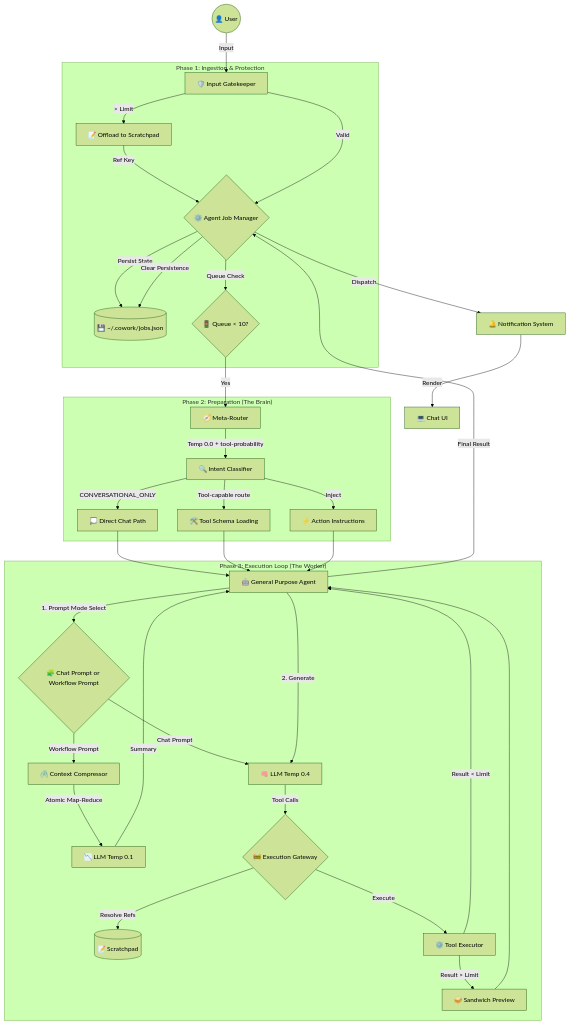
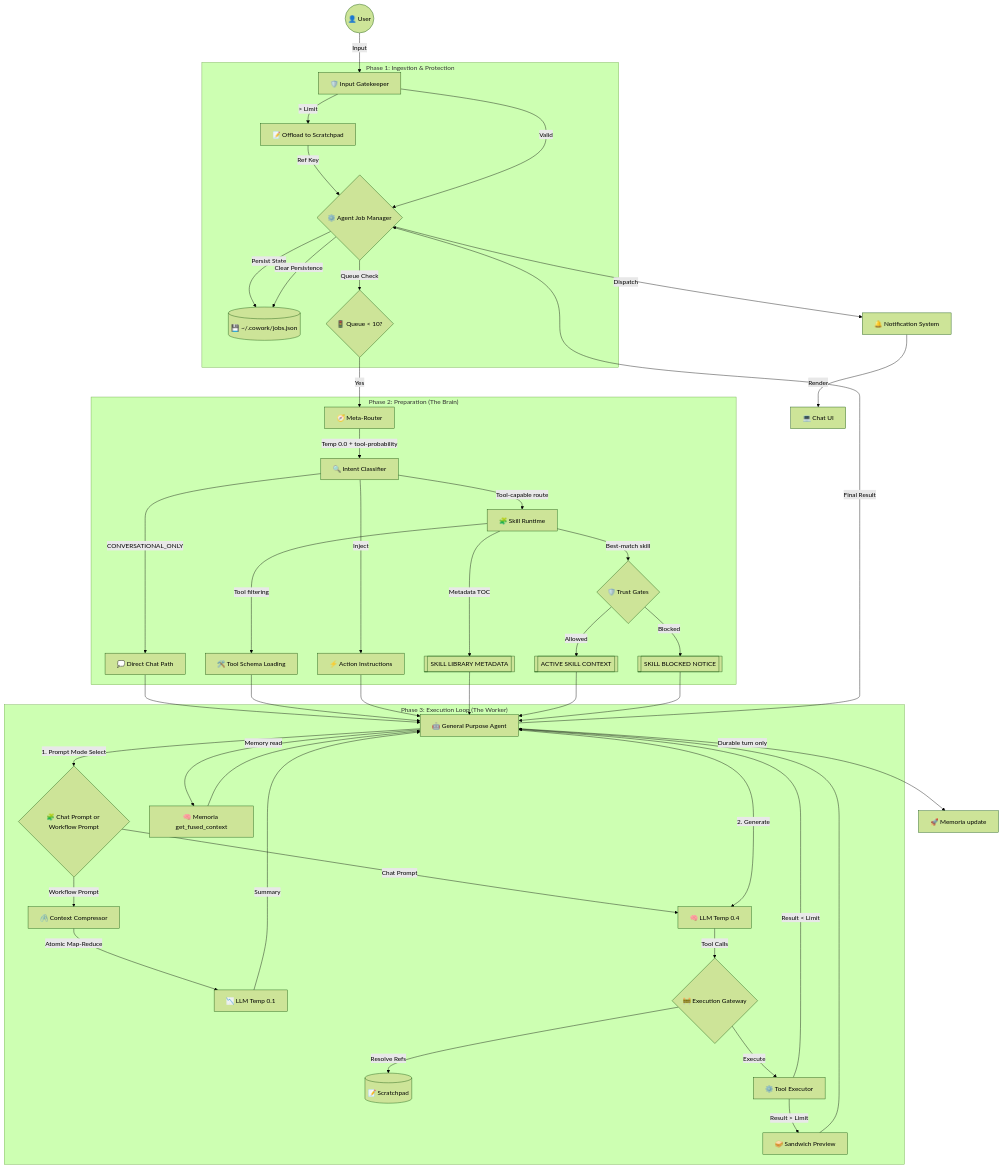
Before and after one commit to rzafiamy/cowork: the diagram in docs/agentic/Overview.md, drawn with Mermaid (forest theme). The commit also changed other lines of this file and 24 other files, not shown here.

````diff
--- a/docs/agentic/Overview.md
+++ b/docs/agentic/Overview.md
@@ -32,48 +37,59 @@
 ```mermaid
 graph TD
     User((👤 User)) -->|Input| Gatekeeper[🛡️ Input Gatekeeper]
 
     subgraph "Phase 1: Ingestion & Protection"
         Gatekeeper -- "> Limit" --> Offload[📝 Offload to Scratchpad]
         Offload -->|Ref Key| JobMgr
         Gatekeeper -- "Valid" --> JobMgr{⚙️ Agent Job Manager}
         
         JobMgr -->|Persist State| Storage[(💾 ~/.cowork/jobs.json)]
-        JobMgr -->|Queue Check| Queue{🚦 Queue < 10?}
+        JobMgr -->|Queue Check| Queue{"🚦 Queue < 10?"}
     end
 
     subgraph "Phase 2: Preparation (The Brain)"
         Queue -- Yes --> Router[🧭 Meta-Router]
         Router -->|Temp 0.0 + tool-probability| Classifier[🔍 Intent Classifier]
         Classifier -->|CONVERSATIONAL_ONLY| ChatPath[💭 Direct Chat Path]
-        Classifier -->|Tool-capable route| Tools[🛠️ Tool Schema Loading]
+        Classifier -->|Tool-capable route| SkillRuntime[🧩 Skill Runtime]
+        SkillRuntime -->|Metadata TOC| SkillMeta[[SKILL LIBRARY METADATA]]
+        SkillRuntime -->|Best-match skill| TrustGate{🛡️ Trust Gates}
+        TrustGate -->|Allowed| SkillCtx[[ACTIVE SKILL CONTEXT]]
+        TrustGate -->|Blocked| SkillBlocked[[SKILL BLOCKED NOTICE]]
+        SkillRuntime -->|Tool filtering| Tools[🛠️ Tool Schema Loading]
         Classifier -->|Inject| Actions[⚡ Action Instructions]
     end
 
     subgraph "Phase 3: Execution Loop (The Worker)"
         ChatPath --> Agent
         Tools --> Agent[🤖 General Purpose Agent]
         Actions --> Agent
-        
+        SkillMeta --> Agent
+        SkillCtx --> Agent
+        SkillBlocked --> Agent
+
         Agent -->|1. Prompt Mode Select| PromptSplit{🧩 Chat Prompt or Workflow Prompt}
+        Agent -->|Memory read| MemRead[🧠 Memoria get_fused_context]
         PromptSplit -->|Workflow Prompt| Compressor[🖇️ Context Compressor]
         PromptSplit -->|Chat Prompt| LLM_G
         Compressor -- "Atomic Map-Reduce" --> LLM_S[📉 LLM Temp 0.1]
         LLM_S -->|Summary| Agent
-        
+        MemRead --> Agent
+
         Agent -->|2. Generate| LLM_G[🧠 LLM Temp 0.4]
         LLM_G -->|Tool Calls| Gateway{🚧 Execution Gateway}
         
         Gateway -->|Resolve Refs| SP[(📝 Scratchpad)]
         Gateway -->|Execute| Executor[⚙️ Tool Executor]
         
         Executor -- "Result > Limit" --> Sandwich[🥪 Sandwich Preview]
         Sandwich --> Agent
         Executor -- "Result < Limit" --> Agent
     end
 
     Agent -->|Final Result| JobMgr
+    Agent -->|Durable turn only| MemWrite[🚀 Memoria update]
     JobMgr -->|Clear Persistence| Storage
     JobMgr -->|Dispatch| Notification[🔔 Notification System]
     Notification -->|Render| UI[💻 Chat UI]
 ```
````
